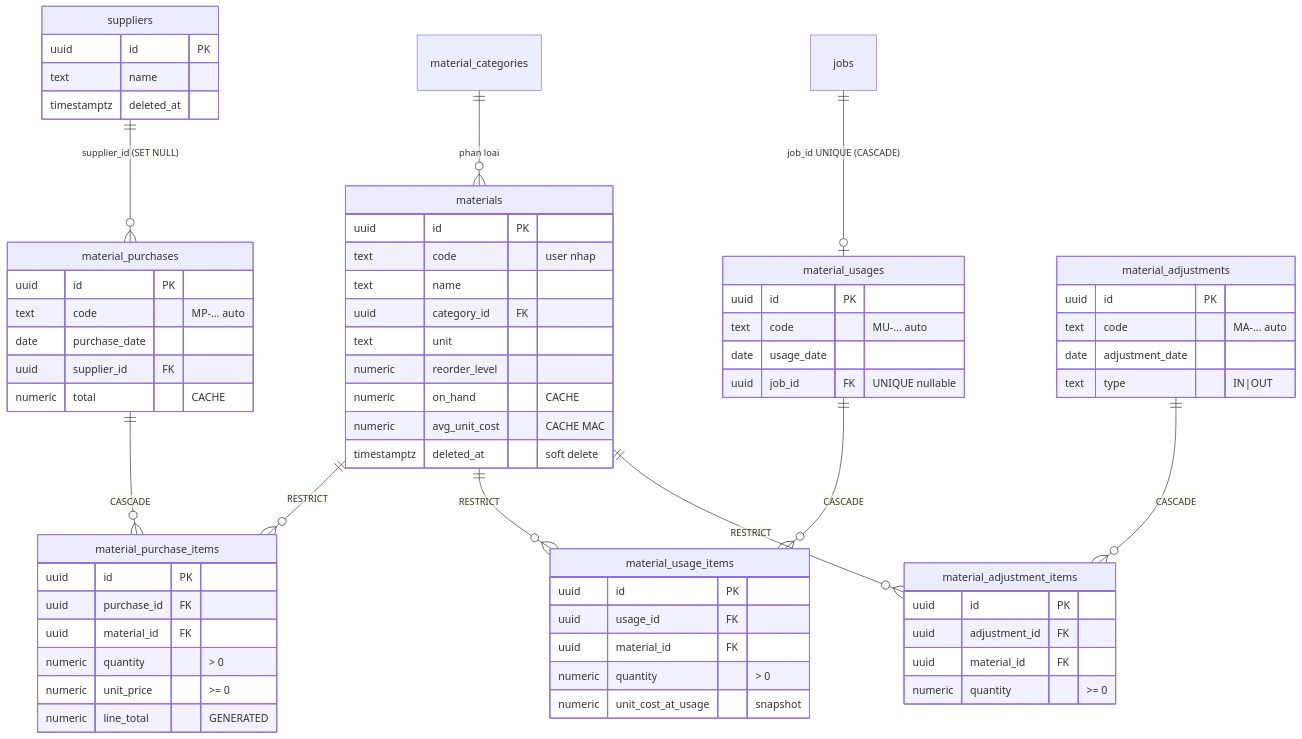
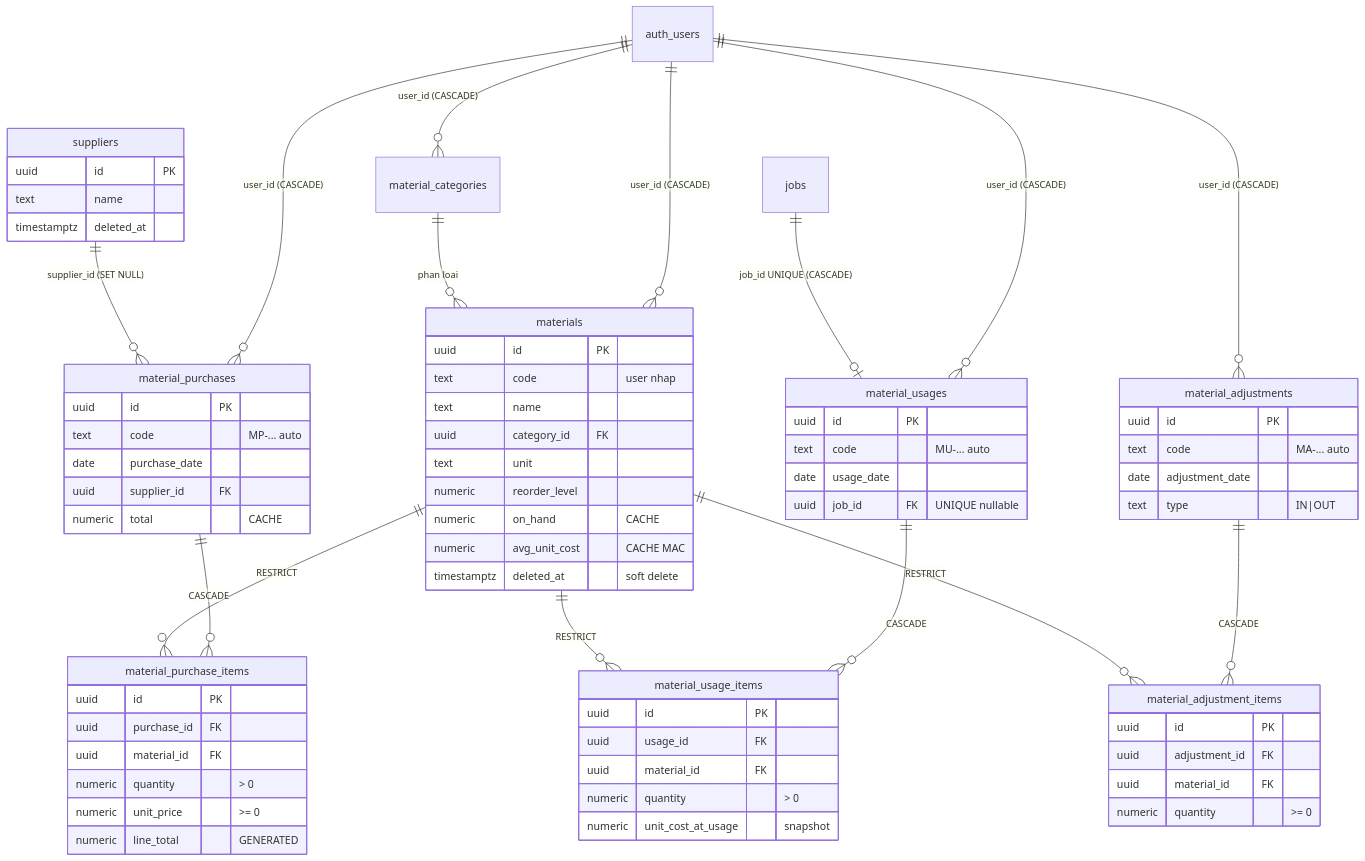
Before and after one commit to zxGreenxz/whiteboard-ihomecrm: the first of 4 diagrams in docs/he-thong/09-kho-vat-tu.md, drawn with Mermaid. The commit also changed other lines of this file and 17 other files, not shown here.

````diff
--- a/docs/he-thong/09-kho-vat-tu.md
+++ b/docs/he-thong/09-kho-vat-tu.md
@@ -144,71 +163,77 @@
 ```mermaid
 erDiagram
   material_categories ||--o{ materials : "phan loai"
   materials ||--o{ material_purchase_items : "RESTRICT"
   materials ||--o{ material_usage_items : "RESTRICT"
   materials ||--o{ material_adjustment_items : "RESTRICT"
 
   material_purchases ||--o{ material_purchase_items : "CASCADE"
   material_usages ||--o{ material_usage_items : "CASCADE"
   material_adjustments ||--o{ material_adjustment_items : "CASCADE"
 
   suppliers ||--o{ material_purchases : "supplier_id (SET NULL)"
   jobs ||--o| material_usages : "job_id UNIQUE (CASCADE)"
+
+  auth_users ||--o{ material_categories : "user_id (CASCADE)"
+  auth_users ||--o{ materials : "user_id (CASCADE)"
+  auth_users ||--o{ material_purchases : "user_id (CASCADE)"
+  auth_users ||--o{ material_usages : "user_id (CASCADE)"
+  auth_users ||--o{ material_adjustments : "user_id (CASCADE)"
 
   materials {
     uuid id PK
     text code "user nhap"
     text name
     uuid category_id FK
     text unit
     numeric reorder_level
     numeric on_hand "CACHE"
     numeric avg_unit_cost "CACHE MAC"
     timestamptz deleted_at "soft delete"
   }
   material_purchases {
     uuid id PK
     text code "MP-... auto"
     date purchase_date
     uuid supplier_id FK
     numeric total "CACHE"
   }
   material_purchase_items {
     uuid id PK
     uuid purchase_id FK
     uuid material_id FK
     numeric quantity "> 0"
     numeric unit_price ">= 0"
     numeric line_total "GENERATED"
   }
   material_usages {
     uuid id PK
     text code "MU-... auto"
     date usage_date
     uuid job_id FK "UNIQUE nullable"
   }
   material_usage_items {
     uuid id PK
     uuid usage_id FK
     uuid material_id FK
     numeric quantity "> 0"
     numeric unit_cost_at_usage "snapshot"
   }
   material_adjustments {
     uuid id PK
     text code "MA-... auto"
     date adjustment_date
     text type "IN|OUT"
   }
   material_adjustment_items {
     uuid id PK
     uuid adjustment_id FK
     uuid material_id FK
     numeric quantity ">= 0"
   }
   suppliers {
     uuid id PK
     text name
     timestamptz deleted_at
   }
 ```
````
